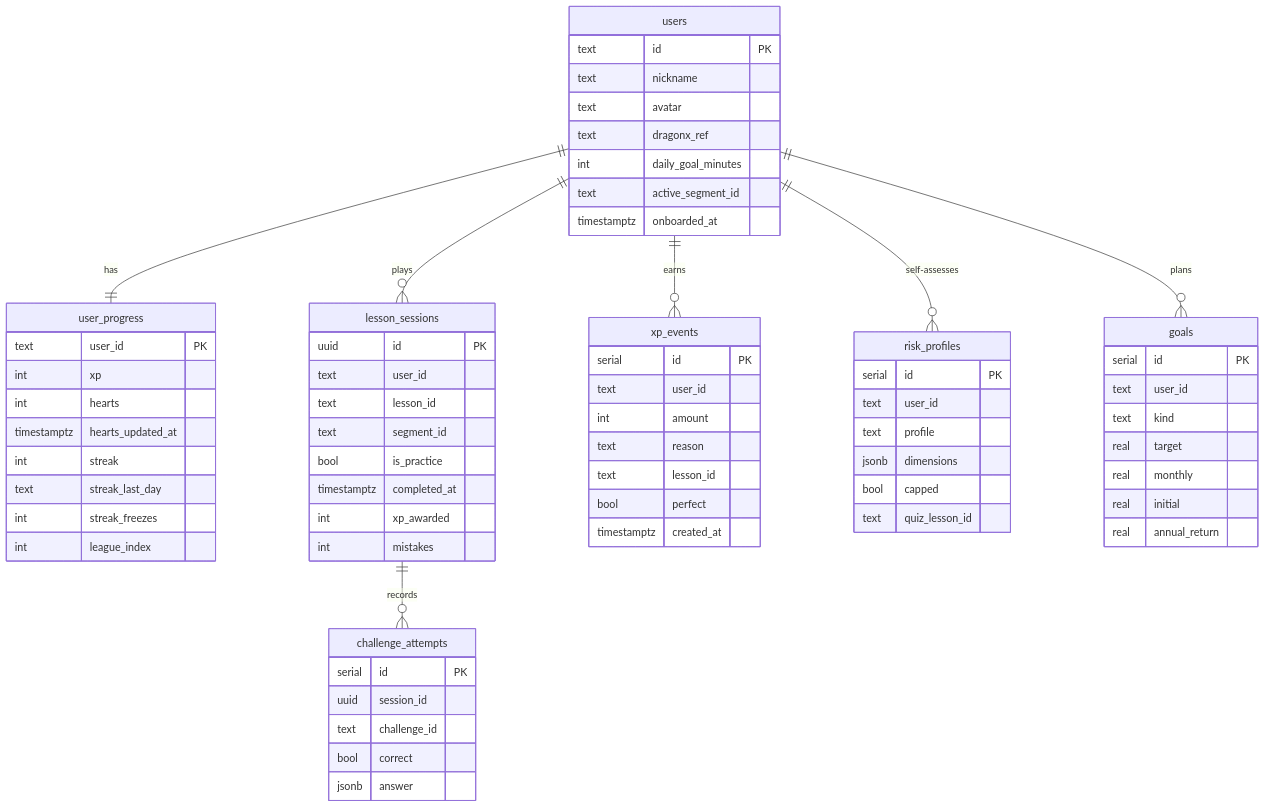
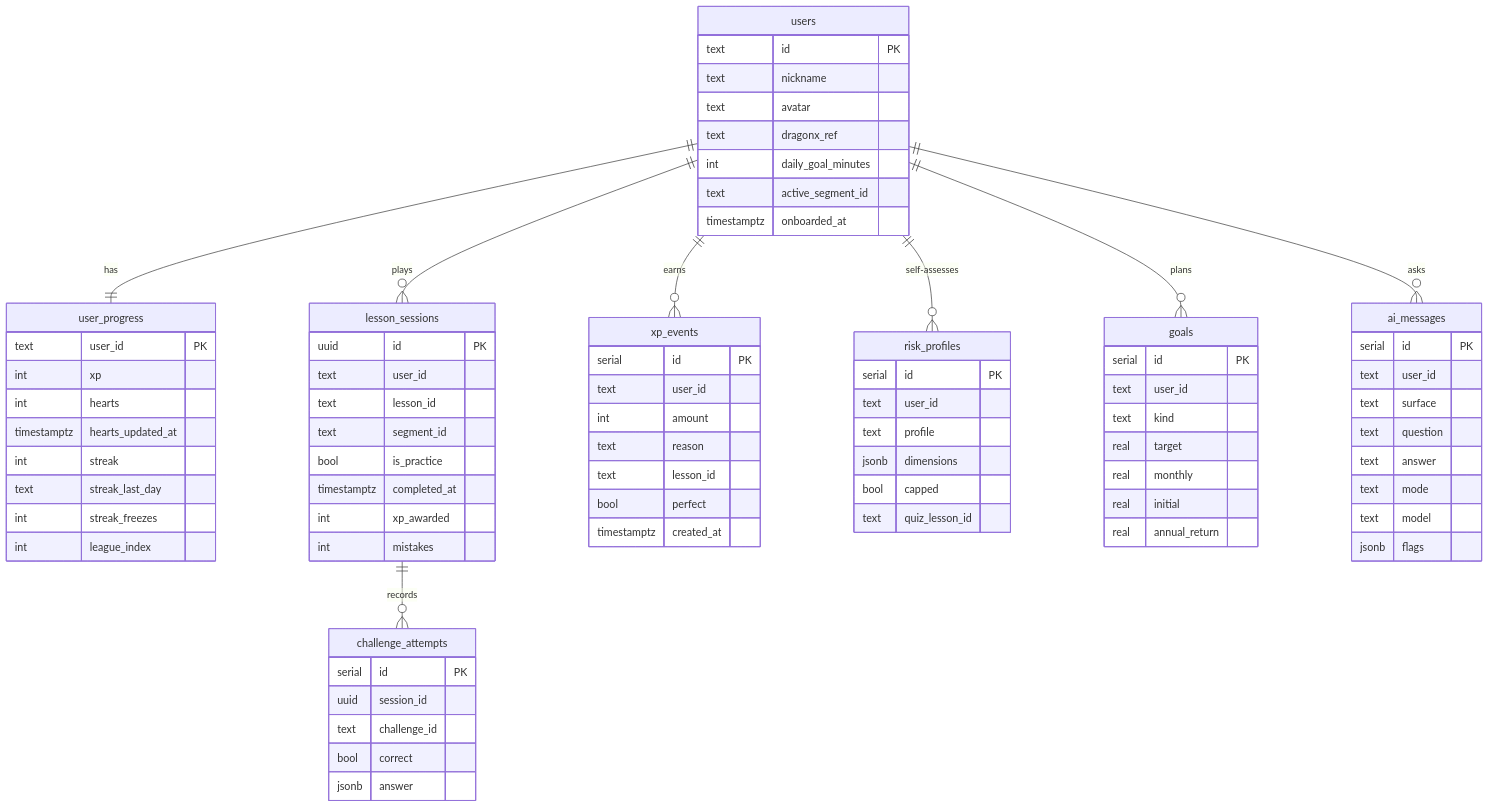
One commit to icememine/dceducationgame changed the fourth of 4 diagrams in docs/ARCHITECTURE.md. Above: the diagram before and after it, drawn with Mermaid. The commit also changed other lines of this file and 34 other files, not shown here.

````diff
--- a/docs/ARCHITECTURE.md
+++ b/docs/ARCHITECTURE.md
@@ -183,6 +225,7 @@
   users ||--o{ xp_events : earns
   users ||--o{ risk_profiles : "self-assesses"
   users ||--o{ goals : plans
+  users ||--o{ ai_messages : asks
 
   users {
     text id PK
@@ -246,4 +289,14 @@
     real initial
     real annual_return
   }
+  ai_messages {
+    serial id PK
+    text user_id
+    text surface
+    text question
+    text answer
+    text mode
+    text model
+    jsonb flags
+  }
 ```
````
